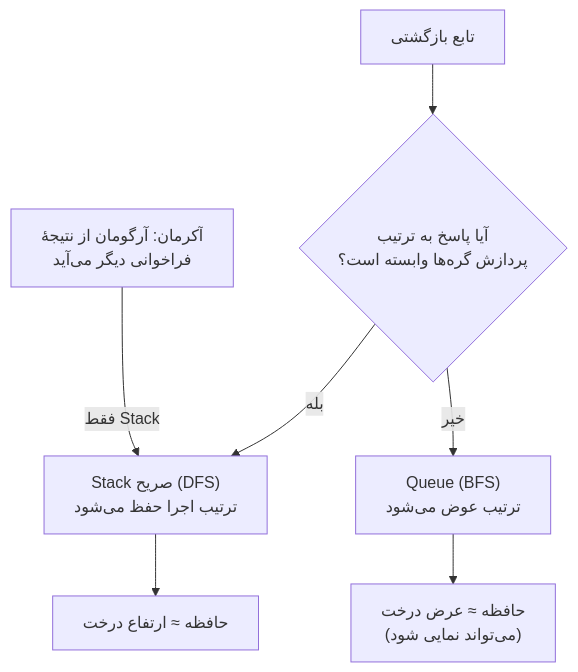
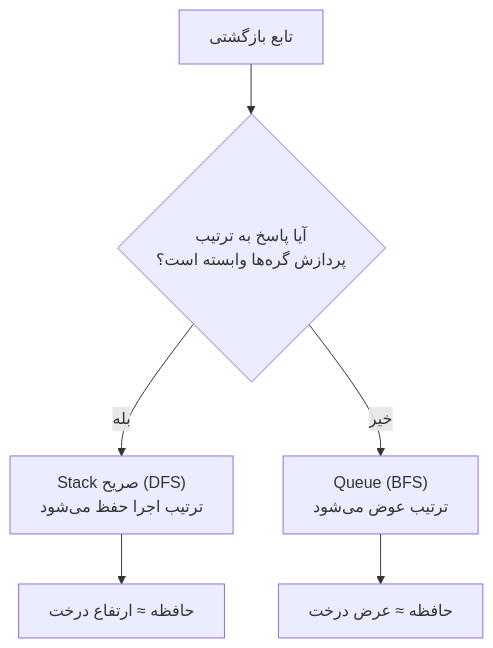
One commit to fum-cs/fundamentals-of-programming changed the eighth of 9 diagrams in book/lessons/ch04-functions-recursion/supplementary.md. Above: the diagram before and after it, drawn with Mermaid. The commit also changed other lines of this file and 63 other files, not shown here.

````diff
--- a/book/lessons/ch04-functions-recursion/supplementary.md
+++ b/book/lessons/ch04-functions-recursion/supplementary.md
@@ -1075,9 +1022,8 @@
 ```mermaid
 flowchart TD
     A["تابع بازگشتی"] --> B{"آیا پاسخ به ترتیب<br/>پردازش گره‌ها وابسته است؟"}
     B -- بله --> C["Stack صریح (DFS)<br/>ترتیب اجرا حفظ می‌شود"]
     B -- خیر --> D["Queue (BFS)<br/>ترتیب عوض می‌شود"]
     C --> E["حافظه ≈ ارتفاع درخت"]
-    D --> F["حافظه ≈ عرض درخت<br/>(می‌تواند نمایی شود)"]
-    G["آکرمان: آرگومان از نتیجهٔ<br/>فراخوانی دیگر می‌آید"] -- فقط Stack --> C
+    D --> F["حافظه ≈ عرض درخت"]
 ```
````
